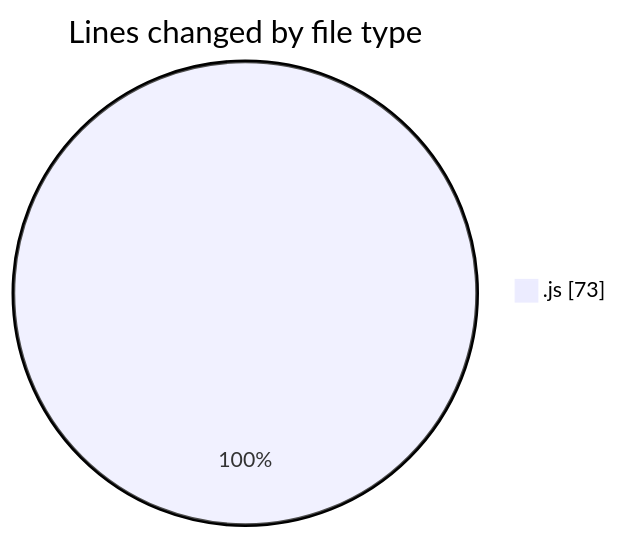
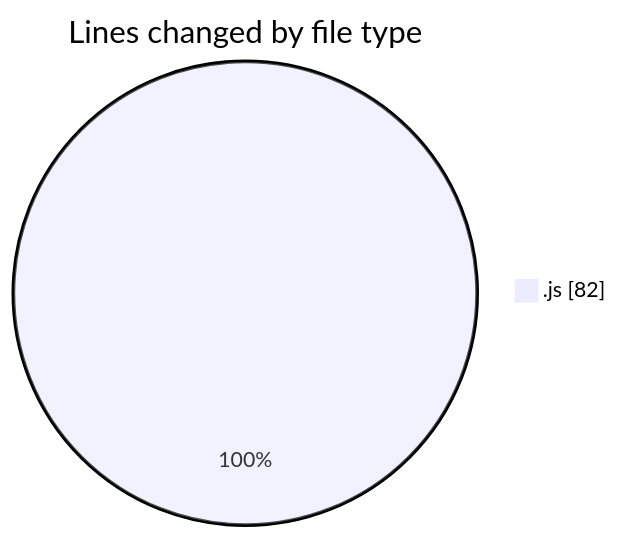
One commit to momahboobian/code-tracking changed the first of 2 diagrams in 2026-03-12/cda/README.md. Above: the diagram before and after it, drawn with Mermaid. The commit also changed other lines of this file and 1 other file, not shown here.

````diff
--- a/2026-03-12/cda/README.md
+++ b/2026-03-12/cda/README.md
@@ -22,5 +22,5 @@
 ```mermaid
 pie showData
 title Lines changed by file type
-".js" : 73
+".js" : 82
 ```
````
